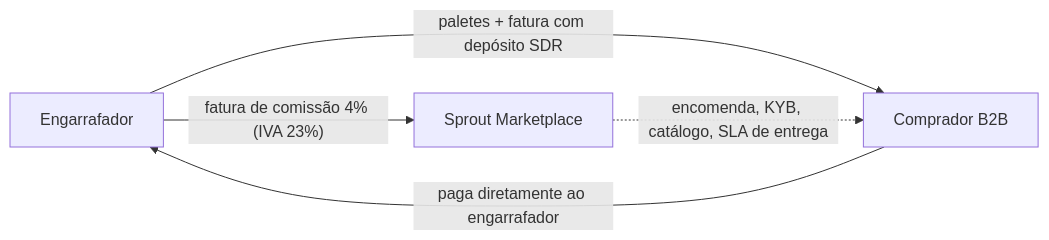
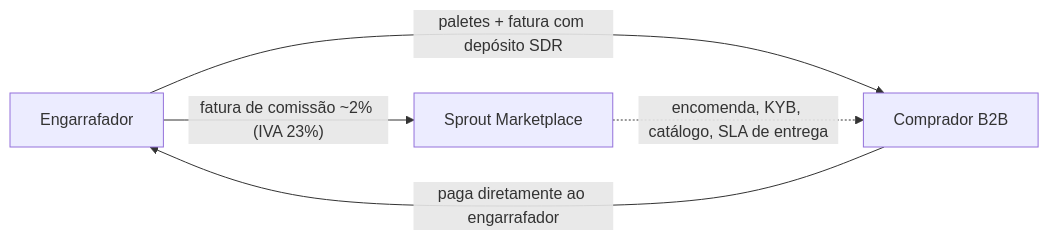
The fourth of 4 diagrams in docs/research/01-desenho-do-modelo.md (rgvduarte/Sprout), drawn with Mermaid before and after one commit. The commit also changed other lines of this file and 31 other files, not shown here.

````diff
--- a/docs/research/01-desenho-do-modelo.md
+++ b/docs/research/01-desenho-do-modelo.md
@@ -93,7 +97,7 @@
 ```mermaid
 flowchart LR
   E["Engarrafador"] -->|"paletes + fatura com depósito SDR"| C["Comprador B2B"]
   C -->|"paga diretamente ao engarrafador"| E
-  E -->|"fatura de comissão 4% (IVA 23%)"| O["Sprout Marketplace"]
+  E -->|"fatura de comissão ~2% (IVA 23%)"| O["Sprout Marketplace"]
   O -.->|"encomenda, KYB, catálogo, SLA de entrega"| C
 ```
````
